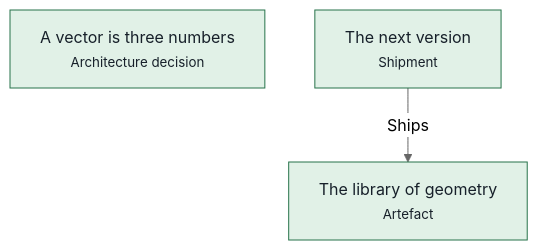
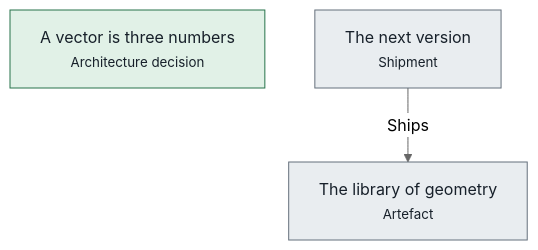
Before and after one commit to advancedcognitivesystems-ai/trame: the diagram in libs/geometry/docs/pipelines.md, drawn with Mermaid (neutral theme). The commit also changed other lines of this file and 466 other files, not shown here.

````diff
--- a/libs/geometry/docs/pipelines.md
+++ b/libs/geometry/docs/pipelines.md
@@ -13,12 +13,12 @@
 ```mermaid
 flowchart TB
-  n0["The library of geometry<br/><small>Artefact</small>"]:::held
+  n0["The library of geometry<br/><small>Artefact</small>"]:::unknown
   n1["A vector is three numbers<br/><small>Architecture decision</small>"]:::held
-  n2["The next version<br/><small>Shipment</small>"]:::held
+  n2["The next version<br/><small>Shipment</small>"]:::unknown
   n2 -->|Ships| n0
   classDef held fill:#e1f1e7,stroke:#26734a,color:#17202a
   classDef blocked fill:#fbf0d9,stroke:#9a6200,color:#17202a
   classDef violated fill:#f9e3e1,stroke:#ad2a22,color:#17202a
   classDef unknown fill:#e9edf0,stroke:#65707c,color:#17202a
   classDef neutral fill:#ffffff,stroke:#5a6672,color:#17202a
 ```
````
